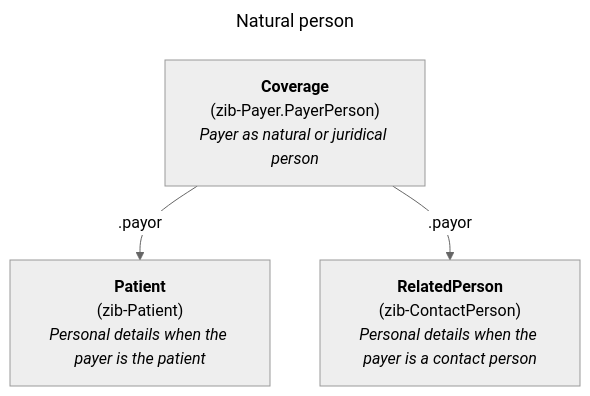
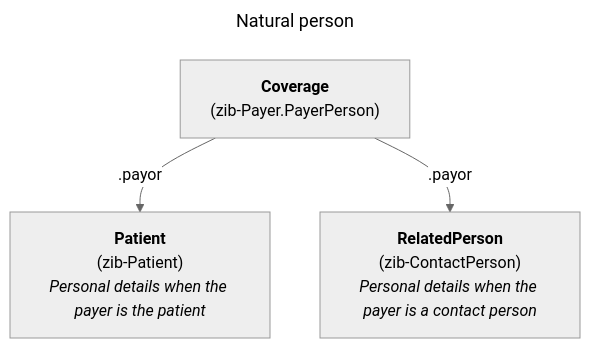
Before and after one commit to Nictiz/Nictiz-R4-zib2024: the third of 4 diagrams in documentation/Payer.md, drawn with Mermaid (neutral theme). The commit also changed other lines of this file, not shown here.

Commit message:
Tweak graphs

````diff
--- a/documentation/Payer.md
+++ b/documentation/Payer.md
@@ -61,17 +60,16 @@
 ```mermaid
 ---
 title: Natural person
 ---
 flowchart TB
     zib-Payer.PayerPerson["`**Coverage**
-        (zib-Payer.PayerPerson)
-        _Payer as natural or juridical person_`"]
+        (zib-Payer.PayerPerson)`"]
     zib-Patient["`**Patient**
         (zib-Patient)
         _Personal details when the payer is the patient_`"]
     zib-ContactPerson["`**RelatedPerson**
         (zib-ContactPerson)
         _Personal details when the payer is a contact person_`"]
     zib-Payer.PayerPerson -- .payor --> zib-Patient
     zib-Payer.PayerPerson -- .payor --> zib-ContactPerson
 ```
````
